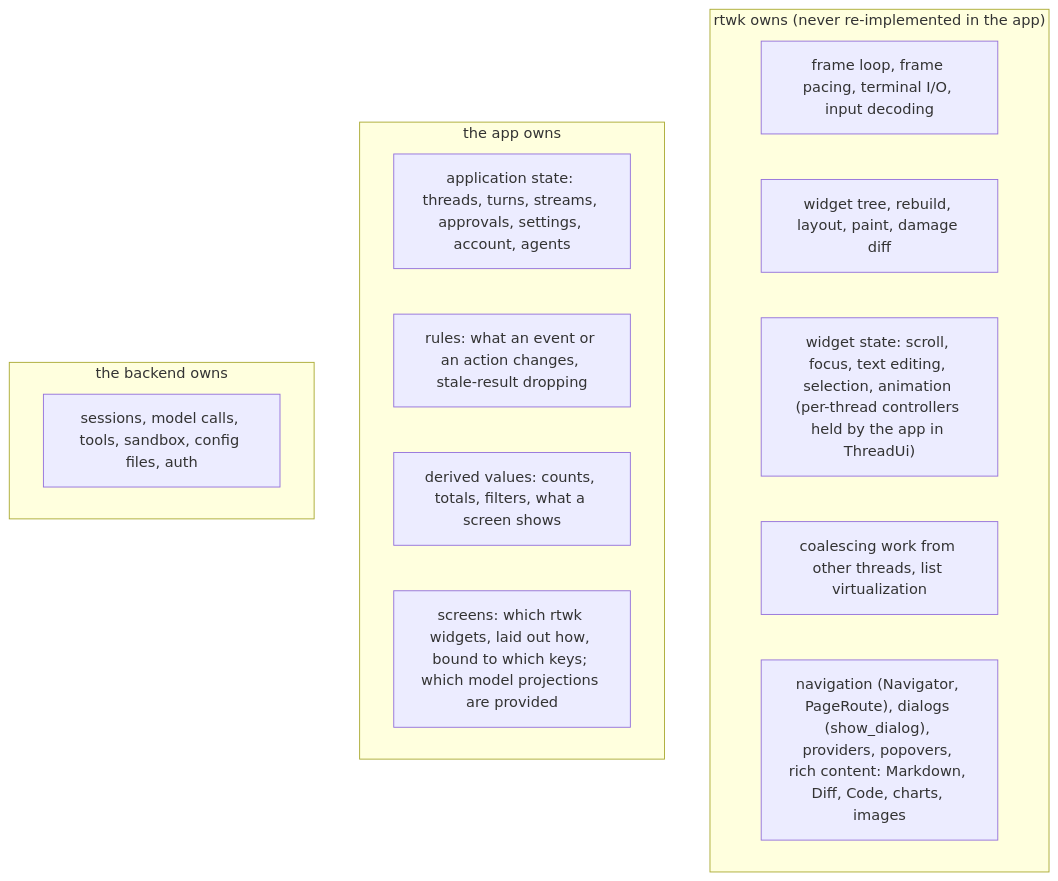
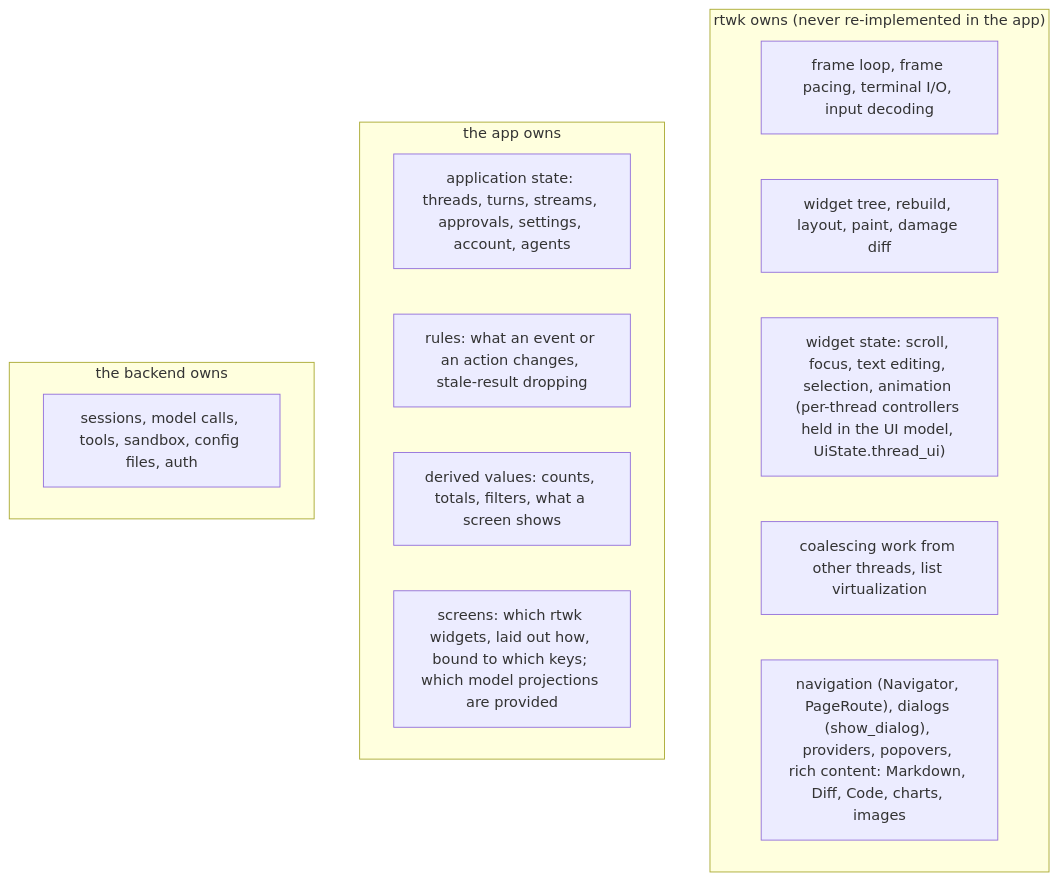
Before and after one commit to Maryarty/CodexCLI: the second of 11 diagrams in docs/rtwk-port/design.md, drawn with Mermaid. The commit also changed other lines of this file and 3 other files, not shown here.

Commit message:
skeleton-layers: architecture.md (ADR-001/002, Skeleton, Layers), design.md and design.html (two crates, layers table, UiApp class diagram), parity pack

````diff
--- a/docs/rtwk-port/design.md
+++ b/docs/rtwk-port/design.md
@@ -42,19 +42,19 @@
 ```mermaid
 flowchart TB
   subgraph R["rtwk owns (never re-implemented in the app)"]
     r1["frame loop, frame pacing, terminal I/O, input decoding"]
     r2["widget tree, rebuild, layout, paint, damage diff"]
-    r3["widget state: scroll, focus, text editing, selection, animation (per-thread controllers held by the app in ThreadUi)"]
+    r3["widget state: scroll, focus, text editing, selection, animation (per-thread controllers held in the UI model, UiState.thread_ui)"]
     r4["coalescing work from other threads, list virtualization"]
     r5["navigation (Navigator, PageRoute), dialogs (show_dialog), providers, popovers, rich content: Markdown, Diff, Code, charts, images"]
   end
   subgraph A["the app owns"]
     a1["application state: threads, turns, streams, approvals, settings, account, agents"]
     a2["rules: what an event or an action changes, stale-result dropping"]
     a3["derived values: counts, totals, filters, what a screen shows"]
     a4["screens: which rtwk widgets, laid out how, bound to which keys; which model projections are provided"]
   end
   subgraph B["the backend owns"]
     b1["sessions, model calls, tools, sandbox, config files, auth"]
   end
 ```
````
